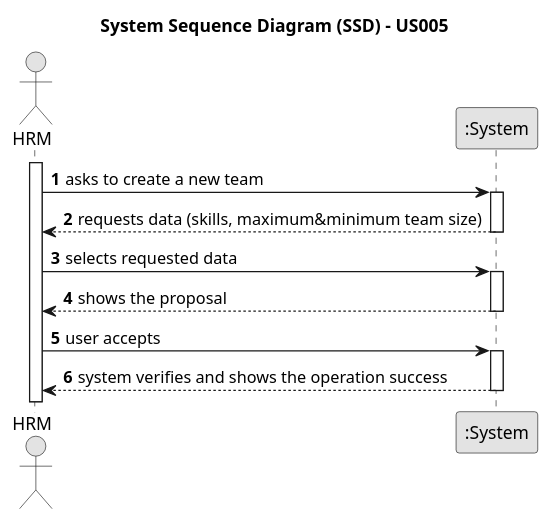
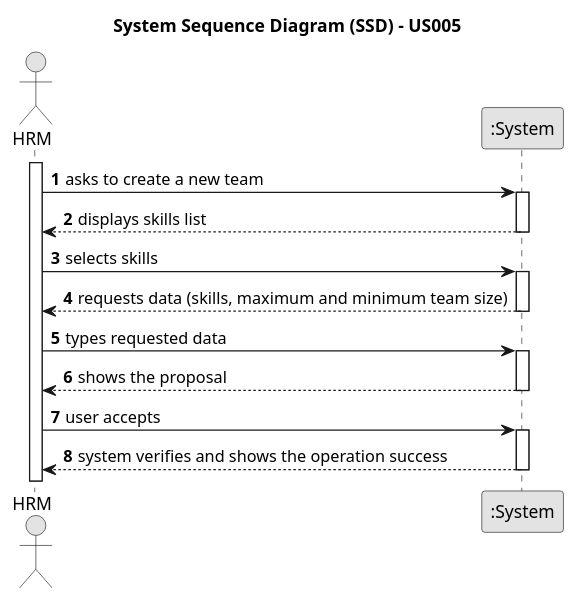
Before and after one commit to ricardomm7/leaflink: the diagram in docs/sprintB/us005/01.requirements-engineering/puml/us005-system-sequence-diagram-alternative-one.puml, drawn with PlantUML. The commit also changed 6 other files, not shown here.

```diff
--- a/docs/sprintB/us005/01.requirements-engineering/puml/us005-system-sequence-diagram-alternative-one.puml
+++ b/docs/sprintB/us005/01.requirements-engineering/puml/us005-system-sequence-diagram-alternative-one.puml
@@ -1,34 +1,40 @@
 @startuml
 skinparam monochrome true
 skinparam packageStyle rectangle
 skinparam shadowing false
 
 title System Sequence Diagram (SSD) - US005
 
 autonumber
 
 actor "HRM" as HRM
 participant ":System" as System
 
 activate HRM
 
     HRM -> System : asks to create a new team
     activate System
 
-        System --> HRM : requests data (skills, maximum&minimum team size)
+    System --> HRM : displays skills list
+        deactivate System
+
+    HRM -> System : selects skills
+    activate System
+
+        System --> HRM : requests data (skills, maximum and minimum team size)
     deactivate System
 
-    HRM -> System : selects requested data
+    HRM -> System : types requested data
     activate System
 
         System --> HRM : shows the proposal
     deactivate System
 
     HRM -> System : user accepts
     activate System
 
         System --> HRM : system verifies and shows the operation success
     deactivate System
 
 
 @enduml
```
